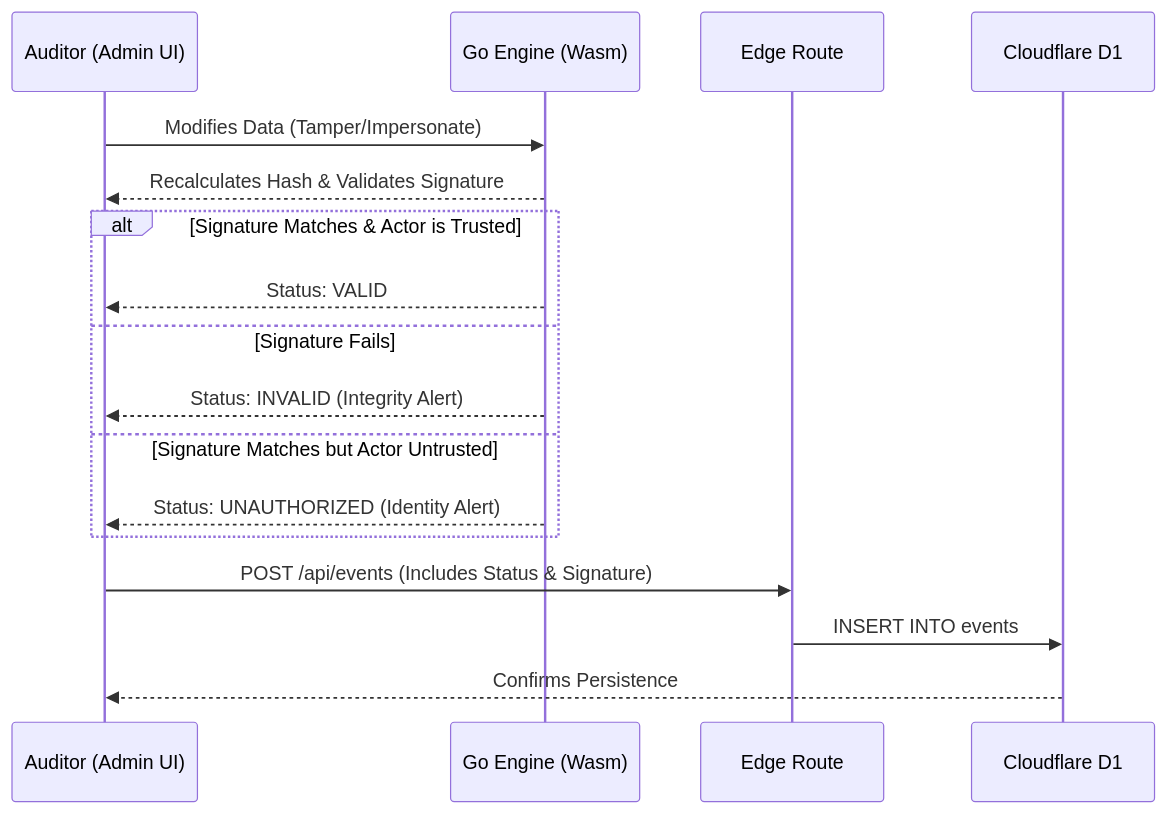
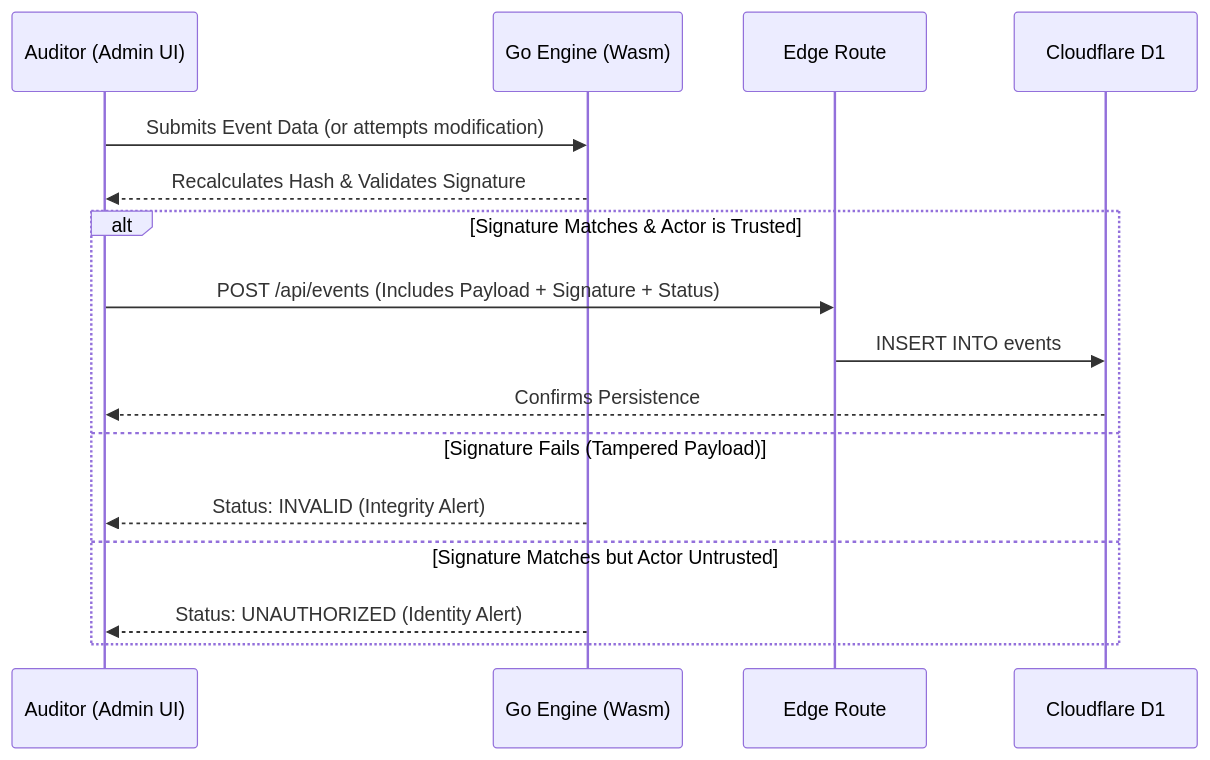
Before and after one commit to h-builds/eco-trace: the second of 2 diagrams in README.md, drawn with Mermaid. The commit also changed other lines of this file and 2 other files, not shown here.

````diff
--- a/README.md
+++ b/README.md
@@ -74,20 +105,19 @@
 ```mermaid
 sequenceDiagram
     participant User as Auditor (Admin UI)
     participant Wasm as Go Engine (Wasm)
     participant API as Edge Route
     participant D1 as Cloudflare D1
 
-    User->>Wasm: Modifies Data (Tamper/Impersonate)
+    User->>Wasm: Submits Event Data (or attempts modification)
     Wasm-->>User: Recalculates Hash & Validates Signature
     alt Signature Matches & Actor is Trusted
-        Wasm-->>User: Status: VALID
-    else Signature Fails
+        User->>API: POST /api/events (Includes Payload + Signature + Status)
+        API->>D1: INSERT INTO events
+        D1-->>User: Confirms Persistence
+    else Signature Fails (Tampered Payload)
         Wasm-->>User: Status: INVALID (Integrity Alert)
     else Signature Matches but Actor Untrusted
         Wasm-->>User: Status: UNAUTHORIZED (Identity Alert)
     end
-    User->>API: POST /api/events (Includes Status & Signature)
-    API->>D1: INSERT INTO events
-    D1-->>User: Confirms Persistence
 ```
````
